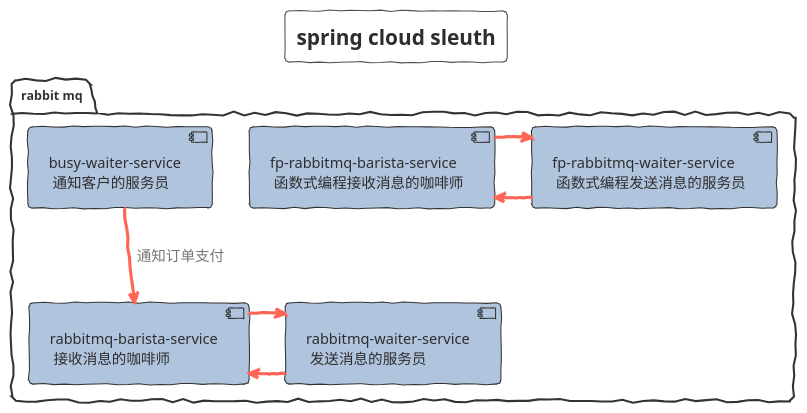
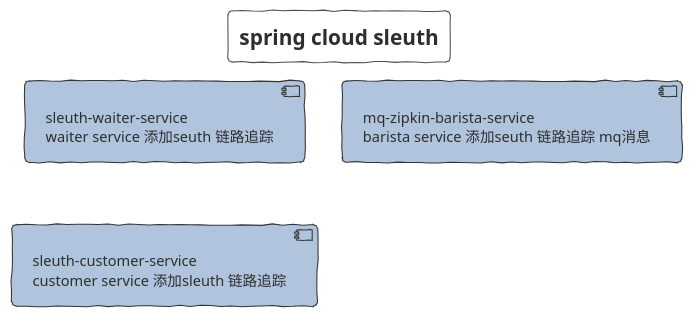
The diagram in spring-cloud-sleuth/Module.puml (FantasybabyChange/springStudyProject), drawn with PlantUML before and after one commit. The commit also changed 100 other files, not shown here.

```diff
--- a/spring-cloud-sleuth/Module.puml
+++ b/spring-cloud-sleuth/Module.puml
@@ -1,43 +1,28 @@
 @startuml SPRING_CLOUD_SLEUTH
 !theme sketchy-outline
 title spring cloud sleuth
 skinparam interface {
 }
 skinparam component {
    backgroundColor LightSteelBlue
    FontSize 14
    ArrowFontSize 14
    ArrowFontColor #777777
    ArrowColor #FF6655
 }
 
-package "rabbit mq"{
-   component   rbs[
-   rabbitmq-barista-service
-    接收消息的咖啡师
-   ]
-   component rws[
-   rabbitmq-waiter-service
-    发送消息的服务员
-   ]
-   rws -> rbs
-   rbs ->rws
-   component   fprbs[
-   fp-rabbitmq-barista-service
-    函数式编程接收消息的咖啡师
-   ]
-   component fprws[
-   fp-rabbitmq-waiter-service
-    函数式编程发送消息的服务员
-   ]
-   fprws -> fprbs
-   fprbs ->fprws
+component sws[
+   sleuth-waiter-service
+   waiter service 添加seuth 链路追踪
+]
 
-   component bws[
-      busy-waiter-service
-       通知客户的服务员
-      ]
-   bws-->rbs:通知订单支付
+component mzbs[
+   mq-zipkin-barista-service
+   barista service 添加seuth 链路追踪 mq消息
+]
 
-}
+component scs[
+   sleuth-customer-service
+   customer service 添加sleuth 链路追踪
+]
 @enduml
```
